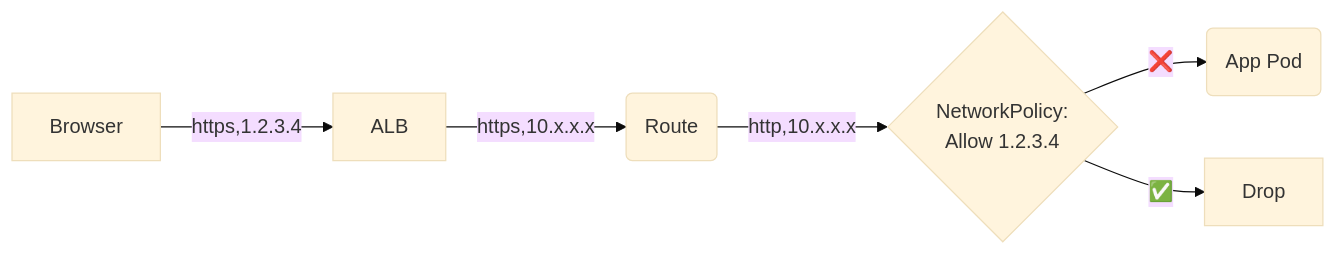
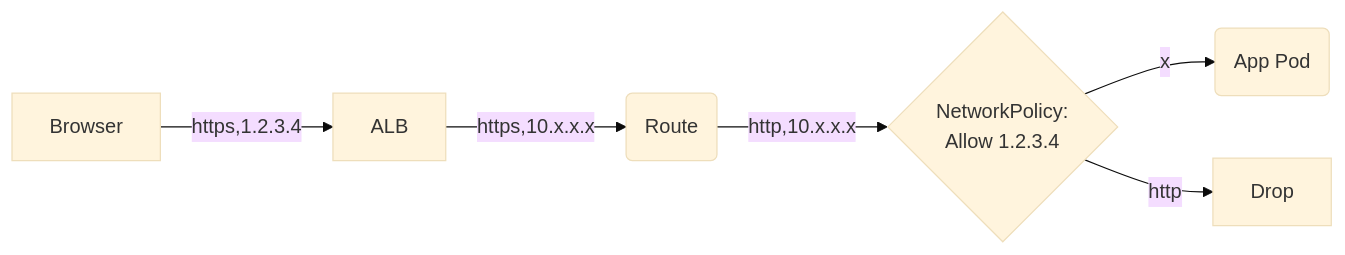
The first of 2 diagrams in readme.adoc (spruceki/ibm-openshift-allowlisting), drawn with Mermaid (base theme) before and after one commit. The commit also changed other lines of this file and 2 other files, not shown here.

Commit message:
It was the emojis all along

````diff
--- a/readme.adoc
+++ b/readme.adoc
@@ -9,8 +9,8 @@
 ```mermaid
 flowchart LR;
-    A[Browser] -->|https,1.2.3.4| B[ALB];
-    B --> |https,10.x.x.x|C(Route);
-    C --> |http,10.x.x.x|P{NetworkPolicy: <br />Allow 1.2.3.4};
-    P -->|❌|D(App Pod);
-    P --> |✅|E[️Drop];
+    A[Browser] -->|https,1.2.3.4| B[ALB]
+    B --> |https,10.x.x.x|C(Route)
+    C --> |http,10.x.x.x|P{NetworkPolicy: <br />Allow 1.2.3.4}
+    P -->|x|D(App Pod)
+    P --> |http|E[️Drop]
 ```
````
